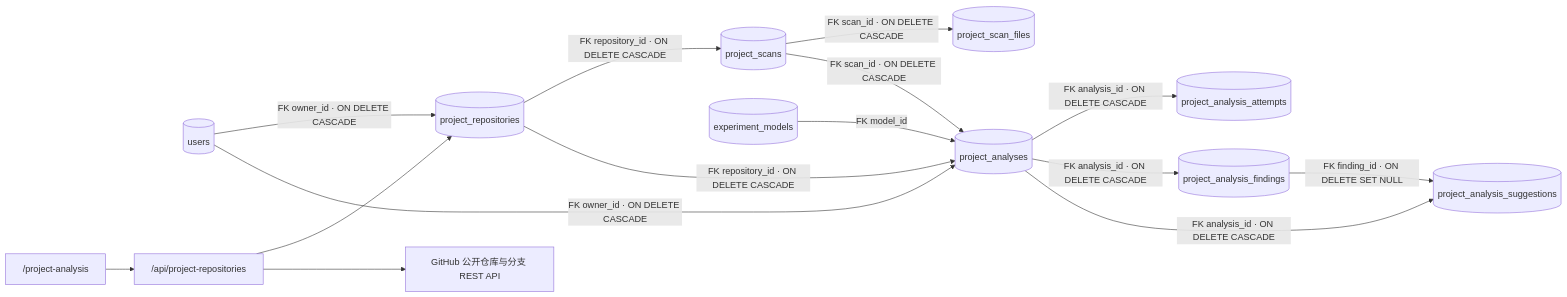
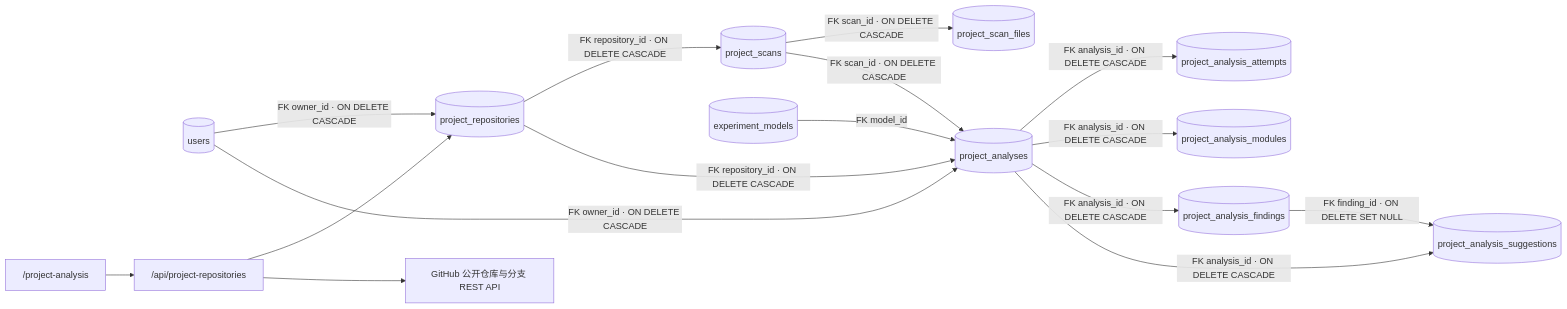
Before and after one commit to weiAX95/admin: the fifth of 17 diagrams in docs/database-relationships.md, drawn with Mermaid. The commit also changed other lines of this file and 10 other files, not shown here.

Commit message:
feat: show module coverage in project analysis reports

````diff
--- a/docs/database-relationships.md
+++ b/docs/database-relationships.md
@@ -73,16 +73,17 @@
 ```mermaid
 flowchart LR
   Users[(users)] -->|"FK owner_id · ON DELETE CASCADE"| Repositories[(project_repositories)]
   Page["/project-analysis"] --> API["/api/project-repositories"] --> Repositories
   API --> GitHub["GitHub 公开仓库与分支 REST API"]
   Repositories -->|"FK repository_id · ON DELETE CASCADE"| Scans[(project_scans)]
   Scans -->|"FK scan_id · ON DELETE CASCADE"| Files[(project_scan_files)]
   Repositories -->|"FK repository_id · ON DELETE CASCADE"| Analyses[(project_analyses)]
   Scans -->|"FK scan_id · ON DELETE CASCADE"| Analyses
   Users -->|"FK owner_id · ON DELETE CASCADE"| Analyses
   Models[(experiment_models)] -->|"FK model_id"| Analyses
   Analyses -->|"FK analysis_id · ON DELETE CASCADE"| Attempts[(project_analysis_attempts)]
+  Analyses -->|"FK analysis_id · ON DELETE CASCADE"| Modules[(project_analysis_modules)]
   Analyses -->|"FK analysis_id · ON DELETE CASCADE"| Findings[(project_analysis_findings)]
   Analyses -->|"FK analysis_id · ON DELETE CASCADE"| Suggestions[(project_analysis_suggestions)]
   Findings -->|"FK finding_id · ON DELETE SET NULL"| Suggestions
 ```
````
